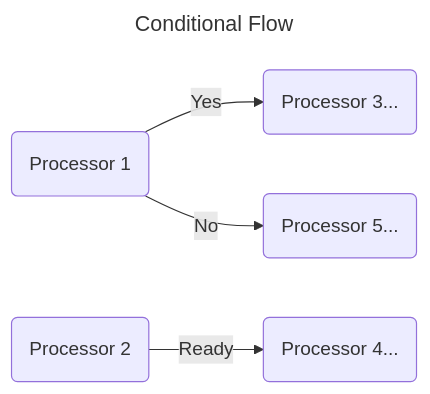
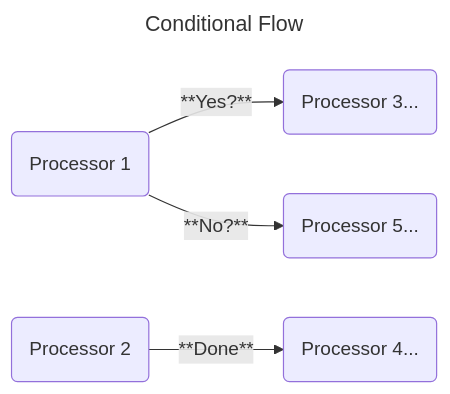
Before and after one commit to VirtualMetric/virtualmetric-docs: the third of 9 diagrams in docs/administration/pipelines/quick-start.mdx, drawn with Mermaid. The commit also changed other lines of this file and 2 other files, not shown here.

````diff
--- a/docs/administration/pipelines/quick-start.mdx
+++ b/docs/administration/pipelines/quick-start.mdx
@@ -51,14 +51,14 @@
   ```mermaid
   ---
   title: Conditional Flow
   ---
   flowchart LR
       A(Processor 1)
       B(Processor 2)
       C(Processor 3...)
       D(Processor 4...)
       E(Processor 5...)
-      A --> |Yes| C
-      A --> |No| E
-      B --> |Ready| D
+      A --> |"**Yes?**"| C
+      A --> |"**No?**"| E
+      B --> |"**Done**"| D
   ```
````
